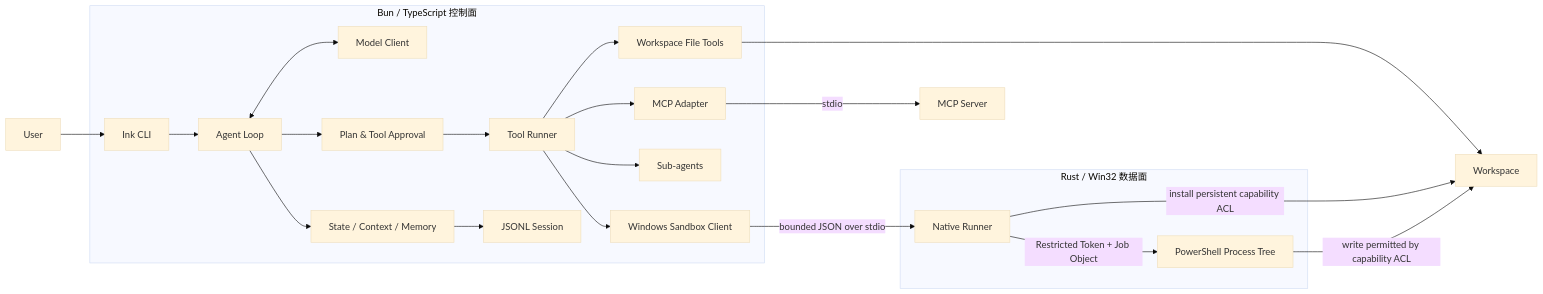
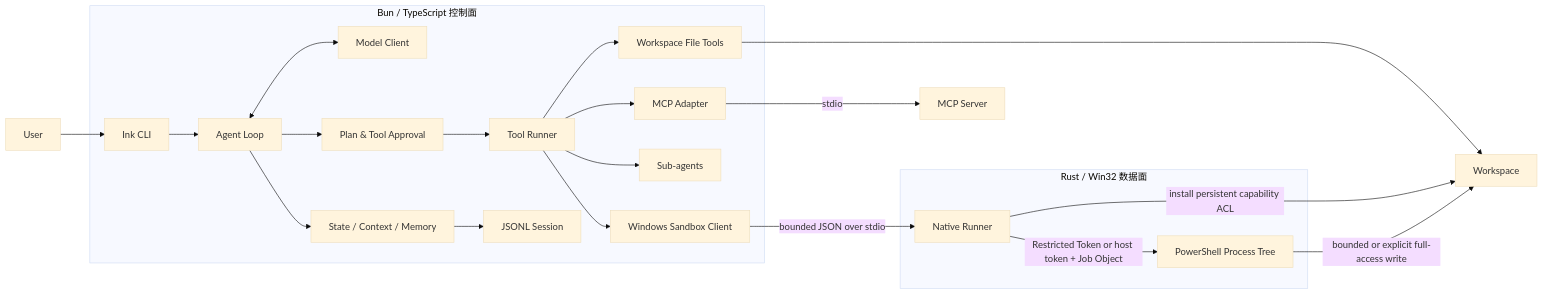
One commit to asdukw/coding-agent-lab changed the diagram in README.md. Above: the diagram before and after it, drawn with Mermaid (base theme). The commit also changed other lines of this file and 28 other files, not shown here.

````diff
--- a/README.md
+++ b/README.md
@@ -110,27 +114,27 @@
 ```mermaid
 flowchart LR
     User[User] --> UI[Ink CLI]
 
     subgraph Control["Bun / TypeScript 控制面"]
         UI --> Loop[Agent Loop]
         Loop <--> Model[Model Client]
         Loop --> Policy[Plan & Tool Approval]
         Policy --> Tools[Tool Runner]
         Loop --> State[State / Context / Memory]
         State --> Session[JSONL Session]
         Tools --> Files[Workspace File Tools]
         Tools --> MCPAdapter[MCP Adapter]
         Tools --> Agents[Sub-agents]
         Tools --> Client[Windows Sandbox Client]
     end
 
     subgraph Native["Rust / Win32 数据面"]
         Client -->|bounded JSON over stdio| Runner[Native Runner]
-        Runner -->|Restricted Token + Job Object| PowerShell[PowerShell Process Tree]
+        Runner -->|Restricted Token or host token + Job Object| PowerShell[PowerShell Process Tree]
     end
 
     MCPAdapter -->|stdio| MCP[MCP Server]
     Files --> Workspace[Workspace]
     Runner -->|install persistent capability ACL| Workspace
-    PowerShell -->|write permitted by capability ACL| Workspace
+    PowerShell -->|bounded or explicit full-access write| Workspace
 ```
````
